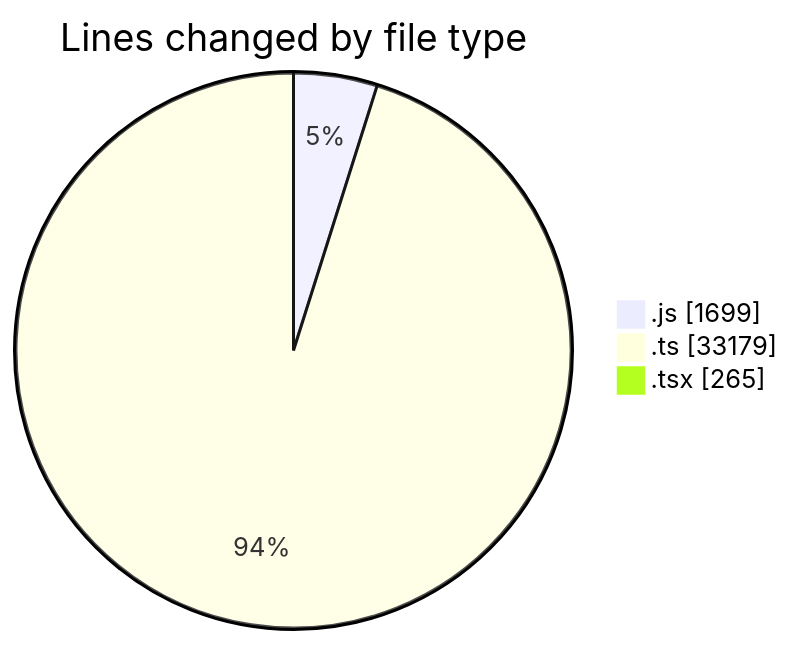
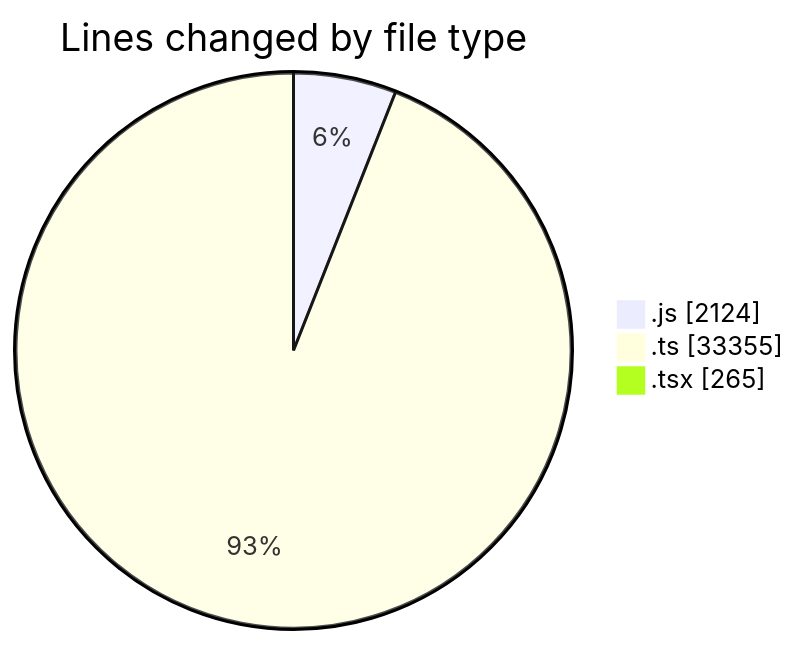
Before and after one commit to momahboobian/code-tracking: the first of 2 diagrams in 2026-02-09/cda/README.md, drawn with Mermaid. The commit also changed other lines of this file and 1 other file, not shown here.

````diff
--- a/2026-02-09/cda/README.md
+++ b/2026-02-09/cda/README.md
@@ -36,7 +37,7 @@
 ```mermaid
 pie showData
 title Lines changed by file type
-".js" : 1699
-".ts" : 33179
+".js" : 2124
+".ts" : 33355
 ".tsx" : 265
 ```
````
